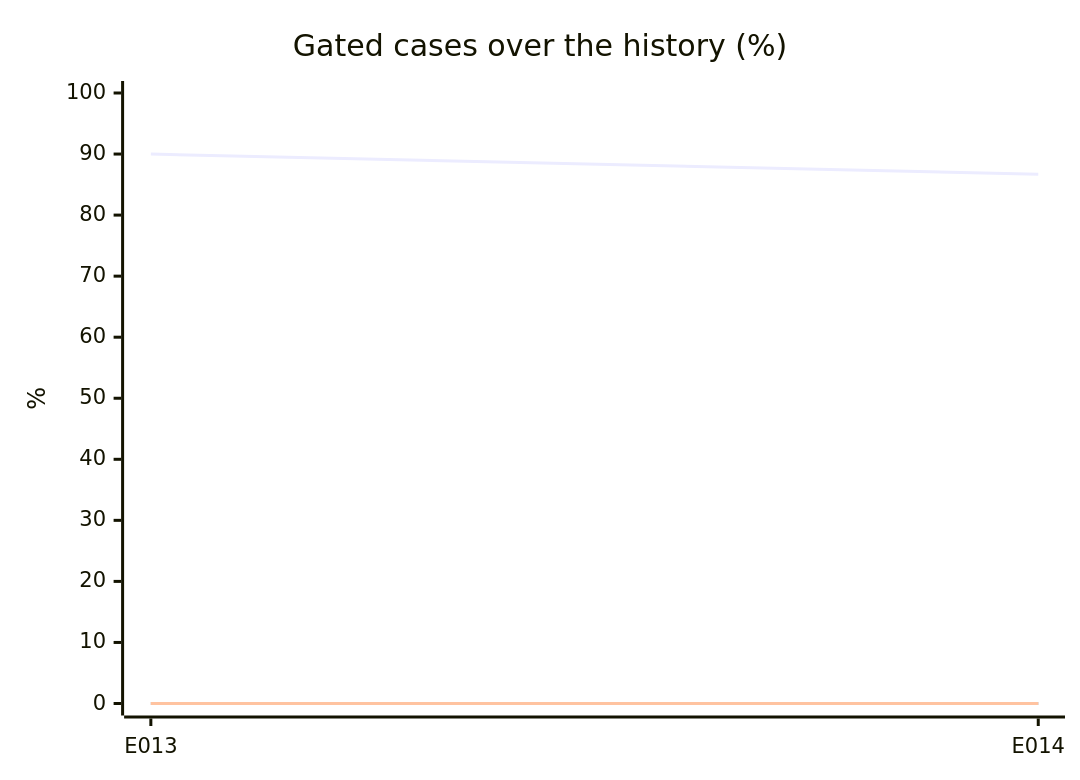
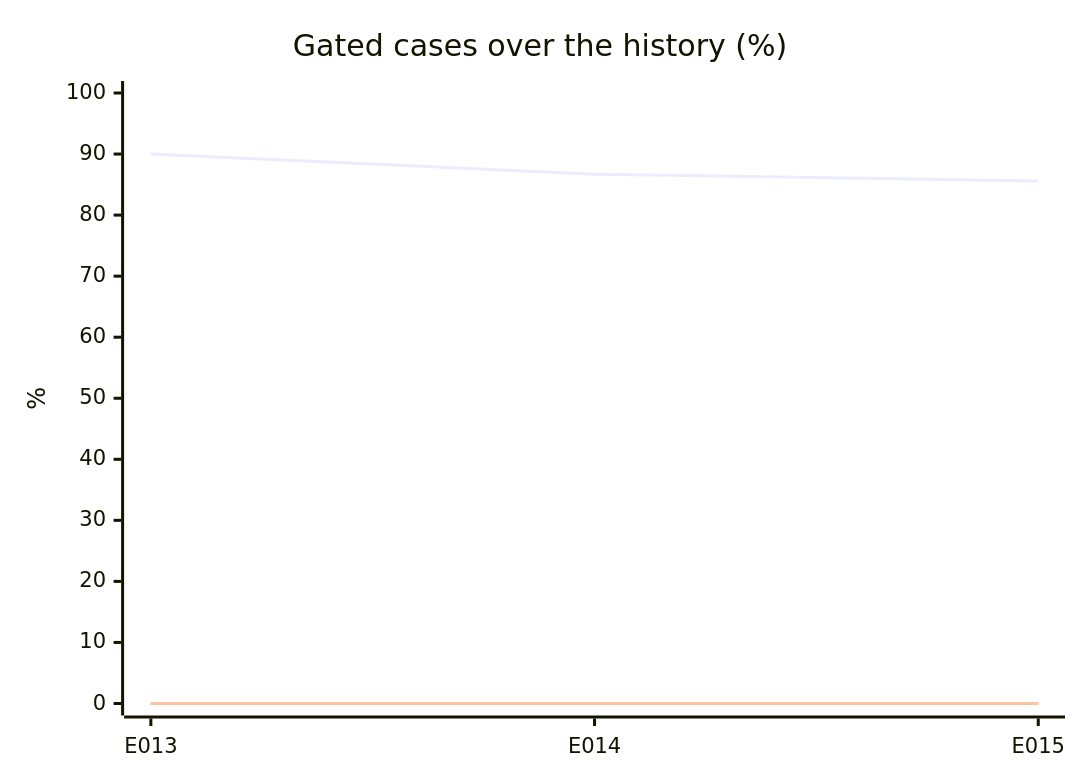
Before and after one commit to acarbonellb/anti-fraud-agent: the first of 2 diagrams in evals/report.md, drawn with Mermaid. The commit also changed other lines of this file and 74 other files, not shown here.

````diff
--- a/evals/report.md
+++ b/evals/report.md
@@ -45,9 +46,9 @@
 ```mermaid
 xychart-beta
   title "Gated cases over the history (%)"
-  x-axis [E013, E014]
+  x-axis [E013, E014, E015]
   y-axis "%" 0 --> 100
-  line [90, 86.7]
-  line [0, 0]
-  line [0, 0]
+  line [90, 86.7, 85.6]
+  line [0, 0, 0]
+  line [0, 0, 0]
 ```
````
